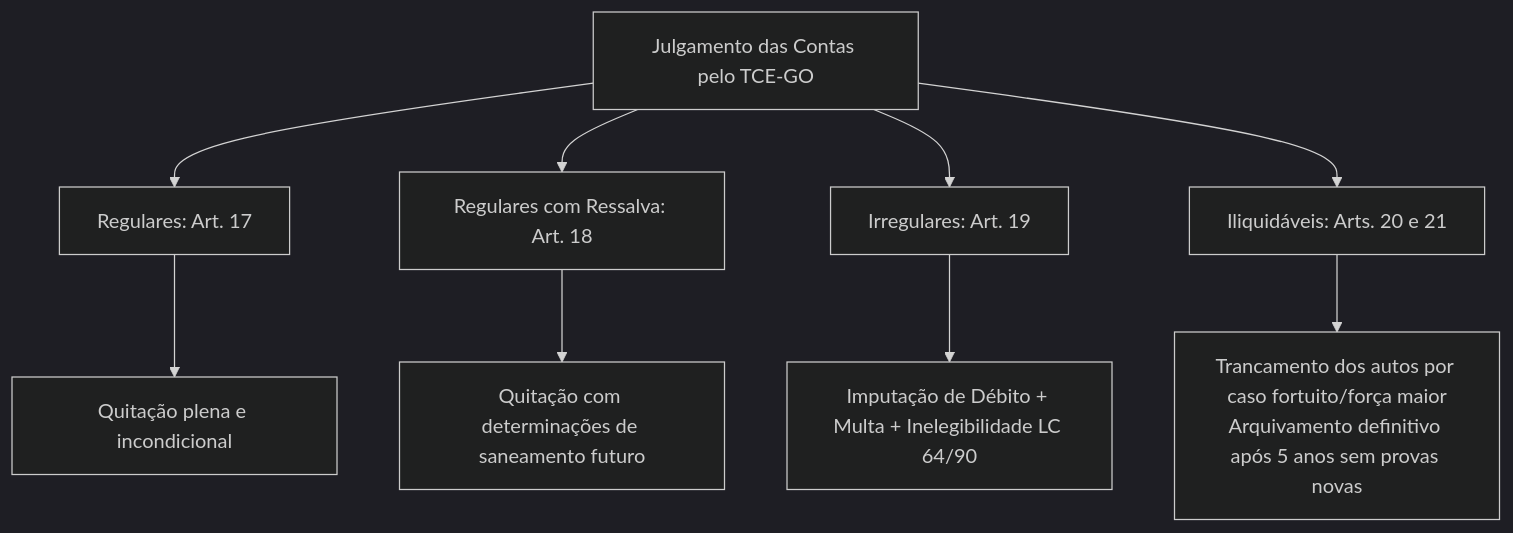
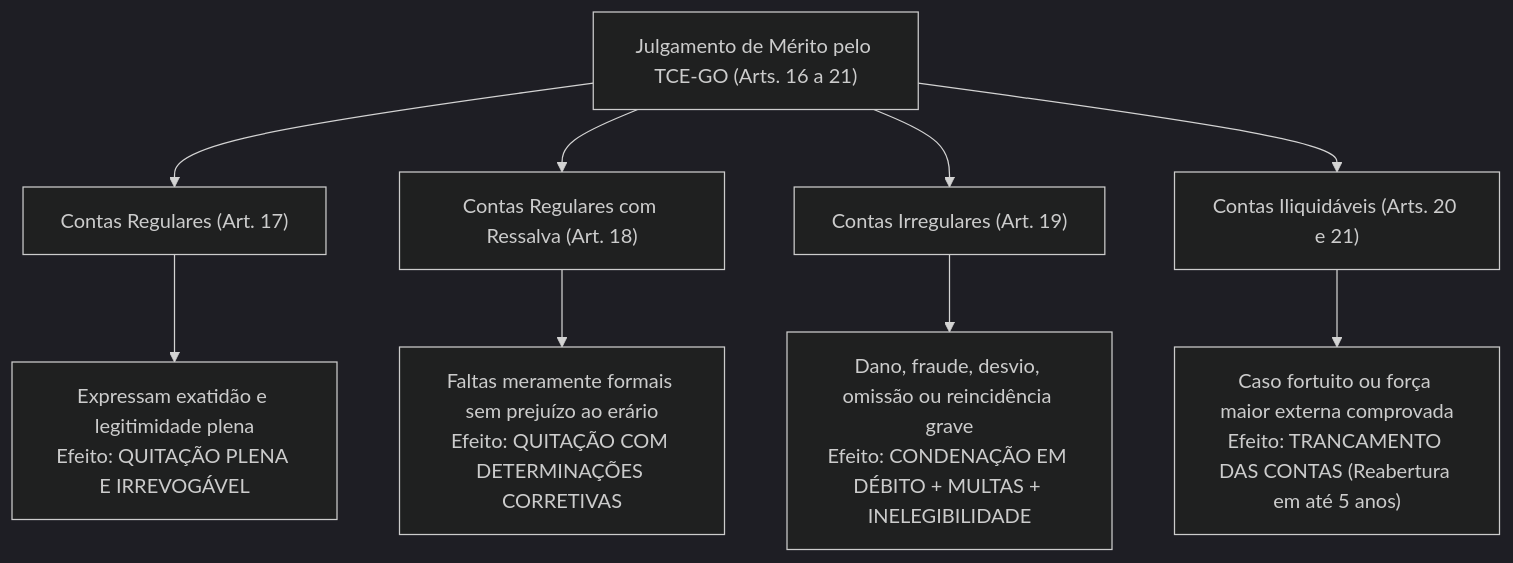
One commit to thiagosantos346/TCE-GO-2027 changed the first of 2 diagrams in fontes_de_estudo/conhecimentos_gerais/03_legislacao_institucional/02_lei_organica_tce_go_lei_16168_2007.md. Above: the diagram before and after it, drawn with Mermaid (dark theme). The commit also changed other lines of this file and 119 other files, not shown here.

````diff
--- a/fontes_de_estudo/conhecimentos_gerais/03_legislacao_institucional/02_lei_organica_tce_go_lei_16168_2007.md
+++ b/fontes_de_estudo/conhecimentos_gerais/03_legislacao_institucional/02_lei_organica_tce_go_lei_16168_2007.md
@@ -141,14 +161,14 @@
 ```mermaid
 graph TD
-    Julgamento[Julgamento das Contas pelo TCE-GO]
+    Julgamento["Julgamento de Mérito pelo TCE-GO (Arts. 16 a 21)"]
     
-    Julgamento --> Reg[Regulares: Art. 17]
-    Julgamento --> RegRess[Regulares com Ressalva: Art. 18]
-    Julgamento --> Irreg[Irregulares: Art. 19]
-    Julgamento --> Iliq[Iliquidáveis: Arts. 20 e 21]
+    Julgamento --> Reg["Contas Regulares (Art. 17)"]
+    Julgamento --> RegRess["Contas Regulares com Ressalva (Art. 18)"]
+    Julgamento --> Irreg["Contas Irregulares (Art. 19)"]
+    Julgamento --> Iliq["Contas Iliquidáveis (Arts. 20 e 21)"]
     
-    Reg --> Q1[Quitação plena e incondicional]
-    RegRess --> Q2[Quitação com determinações de saneamento futuro]
-    Irreg --> Q3[Imputação de Débito + Multa + Inelegibilidade LC 64/90]
-    Iliq --> Q4[Trancamento dos autos por caso fortuito/força maior<br/>Arquivamento definitivo após 5 anos sem provas novas]
+    Reg --> Q1["Expressam exatidão e legitimidade plena<br/>Efeito: QUITAÇÃO PLENA E IRREVOGÁVEL"]
+    RegRess --> Q2["Faltas meramente formais sem prejuízo ao erário<br/>Efeito: QUITAÇÃO COM DETERMINAÇÕES CORRETIVAS"]
+    Irreg --> Q3["Dano, fraude, desvio, omissão ou reincidência grave<br/>Efeito: CONDENAÇÃO EM DÉBITO + MULTAS + INELEGIBILIDADE"]
+    Iliq --> Q4["Caso fortuito ou força maior externa comprovada<br/>Efeito: TRANCAMENTO DAS CONTAS (Reabertura em até 5 anos)"]
 ```
````
